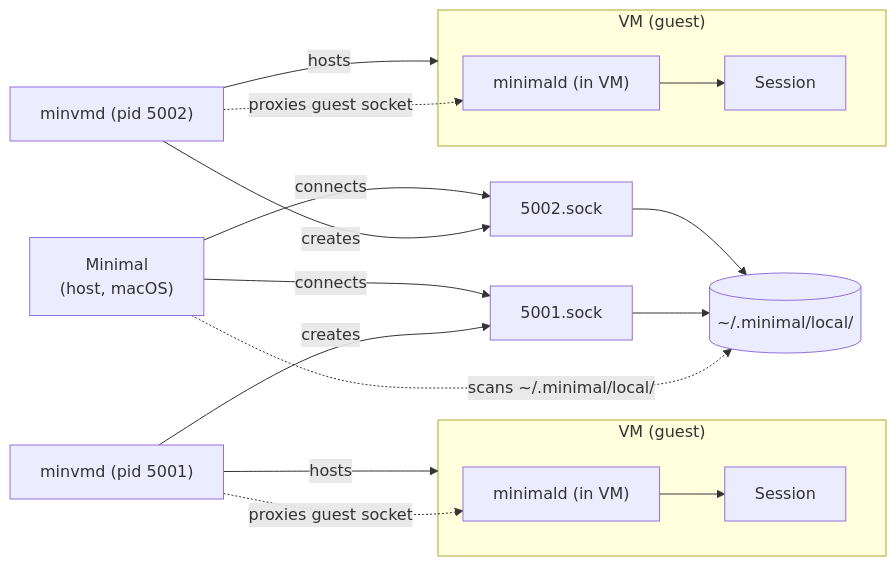
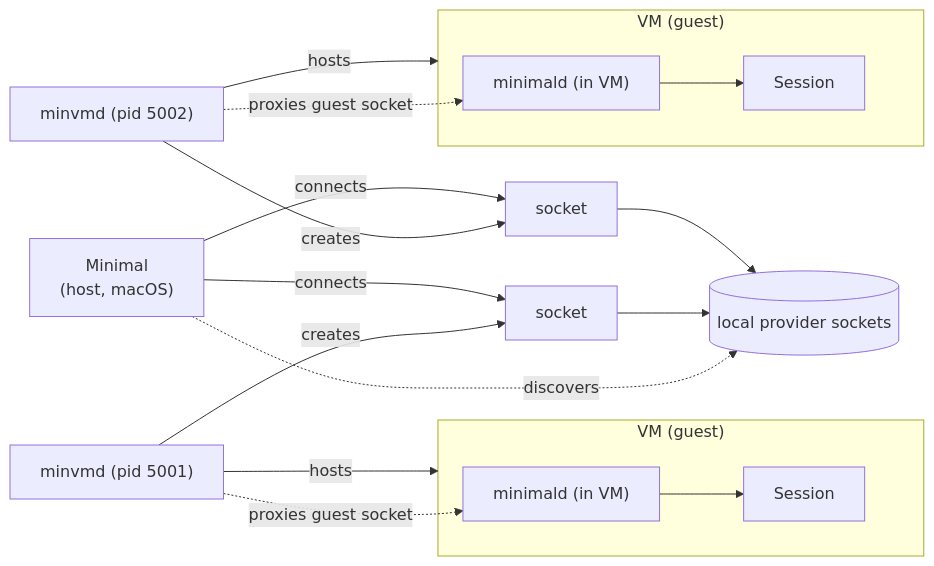
One commit to gominimal/minimal changed the third of 5 diagrams in docs/session-domain-diag.md. Above: the diagram before and after it, drawn with Mermaid. The commit also changed other lines of this file, not shown here.

First line of the commit message:
docs(sessions): remove socket paths from domain model

````diff
--- a/docs/session-domain-diag.md
+++ b/docs/session-domain-diag.md
@@ -95,20 +94,20 @@
 ```mermaid
 flowchart LR
-    M["Minimal<br/>(host, macOS)"] -. "scans ~/.minimal/local/" .-> DIR[("~/.minimal/local/")]
-    P1["minvmd (pid 5001)"] -- "creates" --> SK1["5001.sock"]
-    P2["minvmd (pid 5002)"] -- "creates" --> SK2["5002.sock"]
+    M["Minimal<br/>(host, macOS)"] -. "discovers" .-> DIR[("local provider sockets")]
+    P1["minvmd (pid 5001)"] -- "creates" --> SK1["socket"]
+    P2["minvmd (pid 5002)"] -- "creates" --> SK2["socket"]
     SK1 --> DIR
     SK2 --> DIR
     M -- "connects" --> SK1
     M -- "connects" --> SK2
     P1 -- "hosts" --> g1
     P2 -- "hosts" --> g2
     P1 -. "proxies guest socket" .-> MD1
     P2 -. "proxies guest socket" .-> MD2
     subgraph g1["VM (guest)"]
         MD1["minimald (in VM)"] --> E1["Session"]
     end
     subgraph g2["VM (guest)"]
         MD2["minimald (in VM)"] --> E2["Session"]
     end
 ```
````
